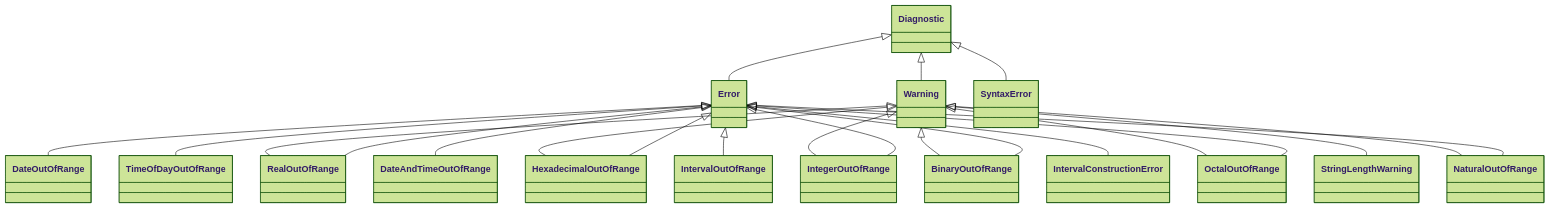
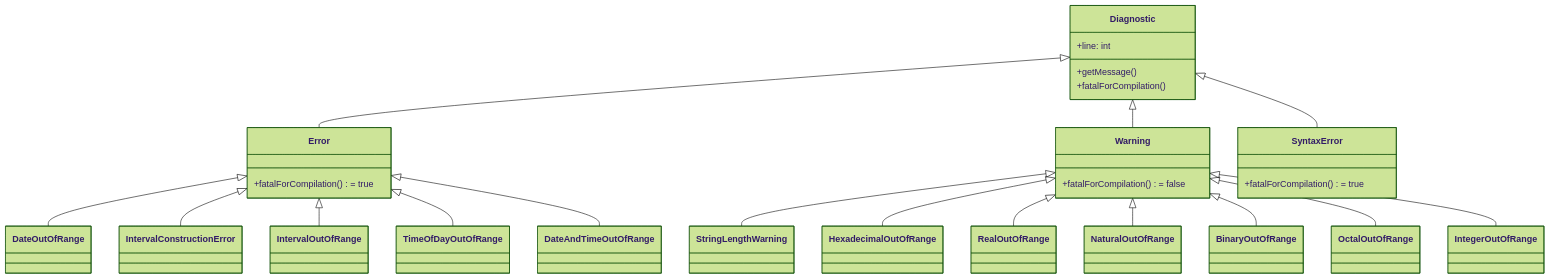
The fourth of 4 diagrams in doc/modules/utils.md (PascalUser/FLC-IEC61131-7), drawn with Mermaid (forest theme) before and after one commit. The commit also changed other lines of this file and 64 other files, not shown here.

````diff
--- a/doc/modules/utils.md
+++ b/doc/modules/utils.md
@@ -128,24 +188,34 @@
 ```mermaid
 classDiagram
+    class Diagnostic {
+        +line: int
+        +getMessage()
+        +fatalForCompilation()
+    }
+    class Error {
+        +fatalForCompilation() = true
+    }
+    class Warning {
+        +fatalForCompilation() = false
+    }
+    class SyntaxError {
+        +fatalForCompilation() = true
+    }
     Diagnostic <|-- Error
     Diagnostic <|-- Warning
-    Error <|-- IntegerOutOfRange
-    Error <|-- RealOutOfRange
-    Error <|-- BinaryOutOfRange
-    Error <|-- OctalOutOfRange
-    Error <|-- HexadecimalOutOfRange
+    Diagnostic <|-- SyntaxError
+
     Error <|-- DateOutOfRange
+    Error <|-- IntervalConstructionError
+    Error <|-- IntervalOutOfRange
     Error <|-- TimeOfDayOutOfRange
     Error <|-- DateAndTimeOutOfRange
-    Error <|-- IntervalOutOfRange
-    Error <|-- IntervalConstructionError
-    Error <|-- NaturalOutOfRange
+
     Warning <|-- StringLengthWarning
     Warning <|-- HexadecimalOutOfRange
     Warning <|-- RealOutOfRange
     Warning <|-- NaturalOutOfRange
     Warning <|-- BinaryOutOfRange
     Warning <|-- OctalOutOfRange
     Warning <|-- IntegerOutOfRange
-    Diagnostic <|-- SyntaxError
 ```
````
